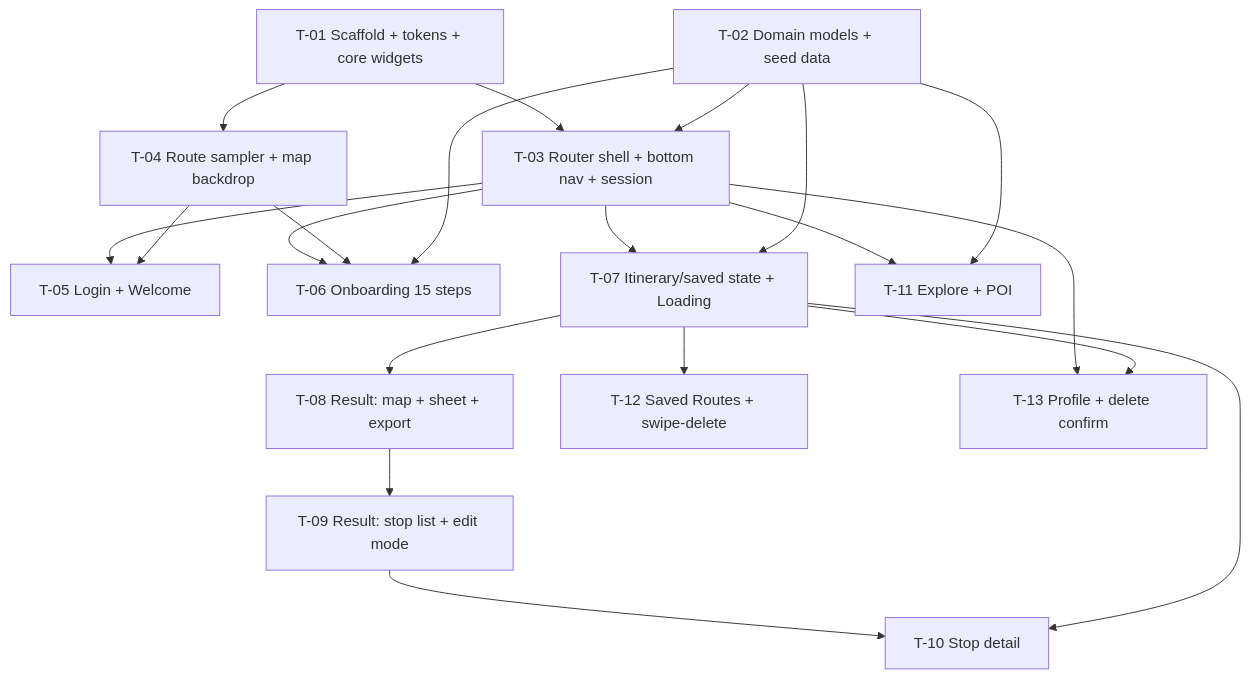
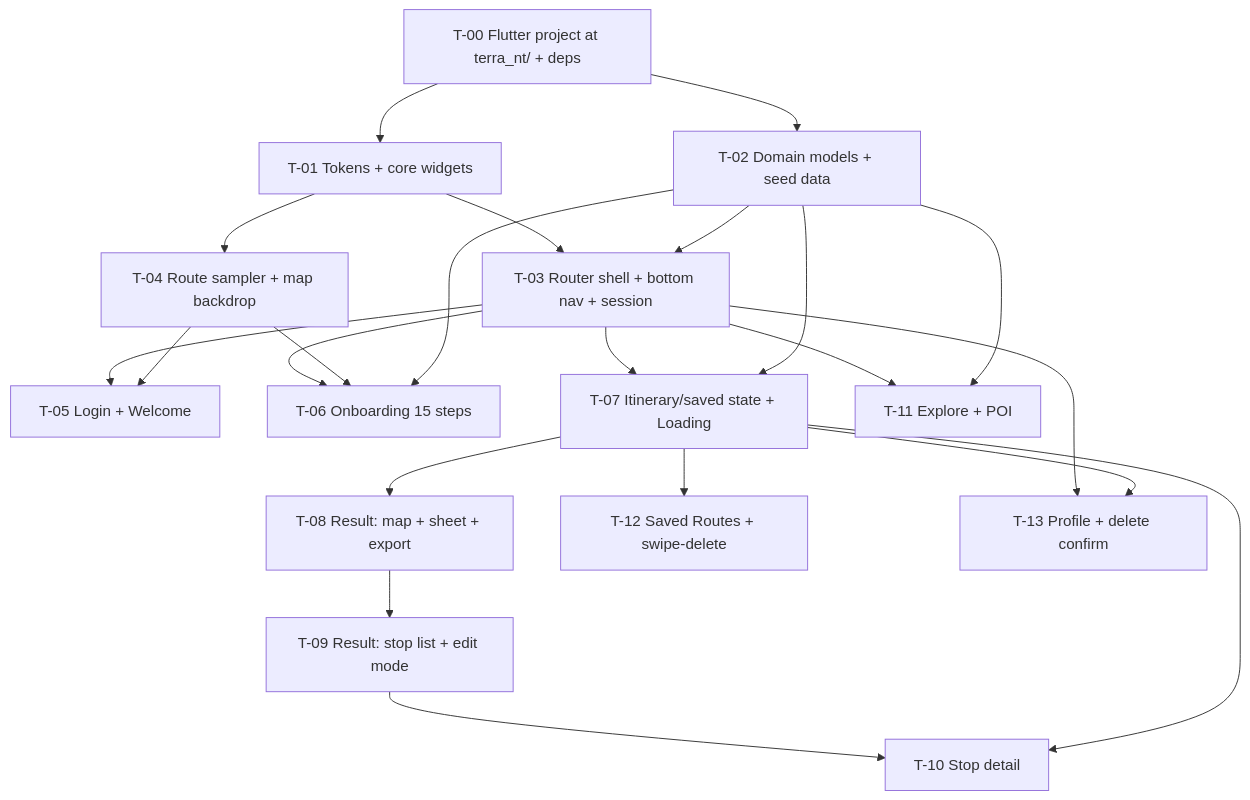
One commit to Estaed/Terra-NT changed the diagram in docs/tickets/terra-nt-route-planner.md. Above: the diagram before and after it, drawn with Mermaid. The commit also changed other lines of this file and 14 other files, not shown here.

````diff
--- a/docs/tickets/terra-nt-route-planner.md
+++ b/docs/tickets/terra-nt-route-planner.md
@@ -274,36 +367,39 @@
 ```mermaid
 graph TD
-  T01[T-01 Scaffold + tokens + core widgets]
+  T00[T-00 Flutter project at terra_nt/ + deps]
+  T01[T-01 Tokens + core widgets]
   T02[T-02 Domain models + seed data]
   T03[T-03 Router shell + bottom nav + session]
   T04[T-04 Route sampler + map backdrop]
   T05[T-05 Login + Welcome]
   T06[T-06 Onboarding 15 steps]
   T07[T-07 Itinerary/saved state + Loading]
   T08[T-08 Result: map + sheet + export]
   T09[T-09 Result: stop list + edit mode]
   T10[T-10 Stop detail]
   T11[T-11 Explore + POI]
   T12[T-12 Saved Routes + swipe-delete]
   T13[T-13 Profile + delete confirm]
 
+  T00 --> T01
+  T00 --> T02
   T01 --> T03
   T02 --> T03
   T01 --> T04
   T03 --> T05
   T04 --> T05
   T03 --> T06
   T04 --> T06
   T02 --> T06
   T03 --> T07
   T02 --> T07
   T07 --> T08
   T08 --> T09
   T09 --> T10
   T07 --> T10
   T03 --> T11
   T02 --> T11
   T07 --> T12
   T03 --> T13
   T07 --> T13
 ```
````
